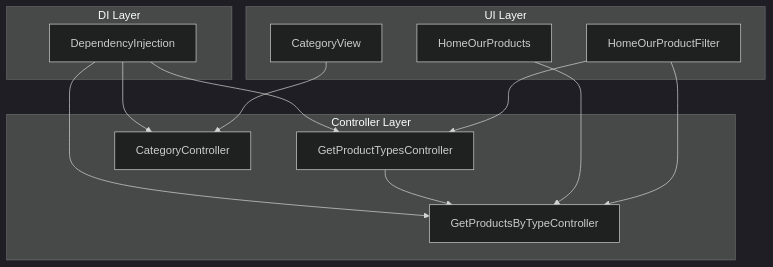
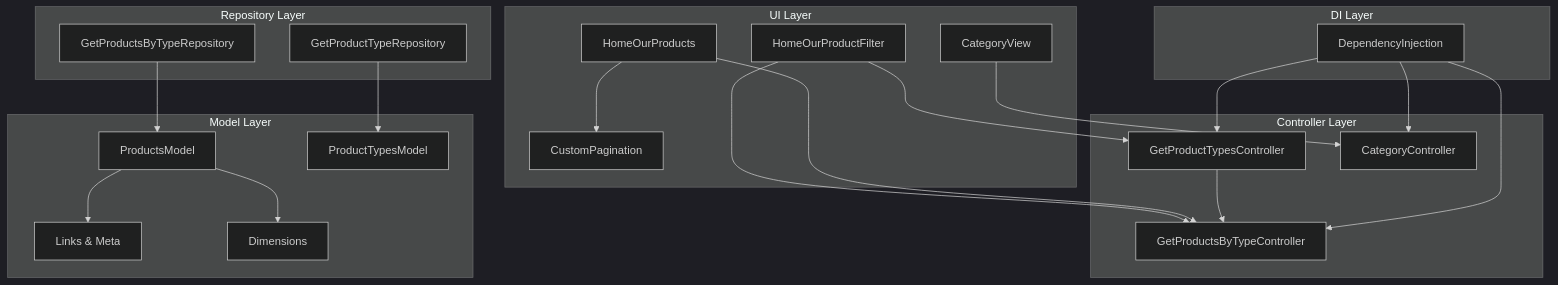
Before and after one commit to Ariful3111/FurniGo: the second of 11 diagrams in .qoder/repowiki/en/content/Core Features/E-commerce Platform/Product Catalog Management.md, drawn with Mermaid (dark theme). The commit also changed other lines of this file and 8 other files, not shown here.

````diff
--- a/.qoder/repowiki/en/content/Core Features/E-commerce Platform/Product Catalog Management.md
+++ b/.qoder/repowiki/en/content/Core Features/E-commerce Platform/Product Catalog Management.md
@@ -94,24 +135,40 @@
 ```mermaid
 graph TB
 subgraph "UI Layer"
 CV["CategoryView"]
 HOPF["HomeOurProductFilter"]
 HOP["HomeOurProducts"]
+CP["CustomPagination"]
 end
 subgraph "Controller Layer"
 GPTC["GetProductTypesController"]
 GPBRC["GetProductsByTypeController"]
 CATC["CategoryController"]
+end
+subgraph "Repository Layer"
+GPtr["GetProductTypeRepository"]
+GPbr["GetProductsByTypeRepository"]
+end
+subgraph "Model Layer"
+PM["ProductsModel"]
+PTM["ProductTypesModel"]
+LN["Links & Meta"]
+DIM["Dimensions"]
 end
 subgraph "DI Layer"
 DI["DependencyInjection"]
 end
 CV --> CATC
 HOPF --> GPTC
 HOPF --> GPBRC
 HOP --> GPBRC
+HOP --> CP
 GPTC --> GPBRC
+GPtr --> PTM
+GPbr --> PM
+PM --> LN
+PM --> DIM
 DI --> CATC
 DI --> GPTC
 DI --> GPBRC
 ```
````
